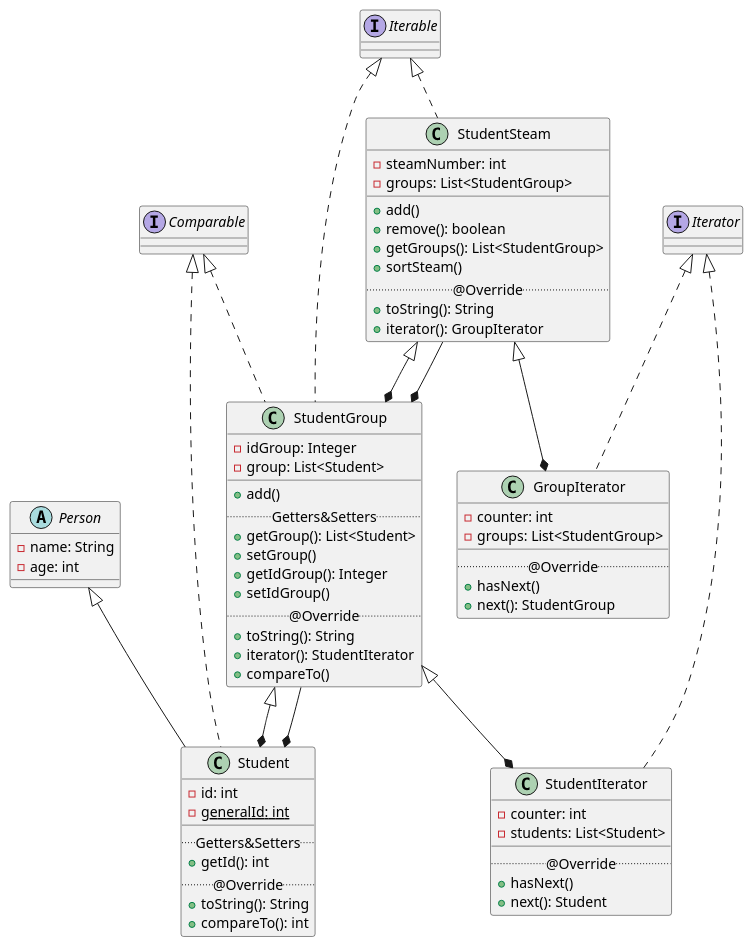
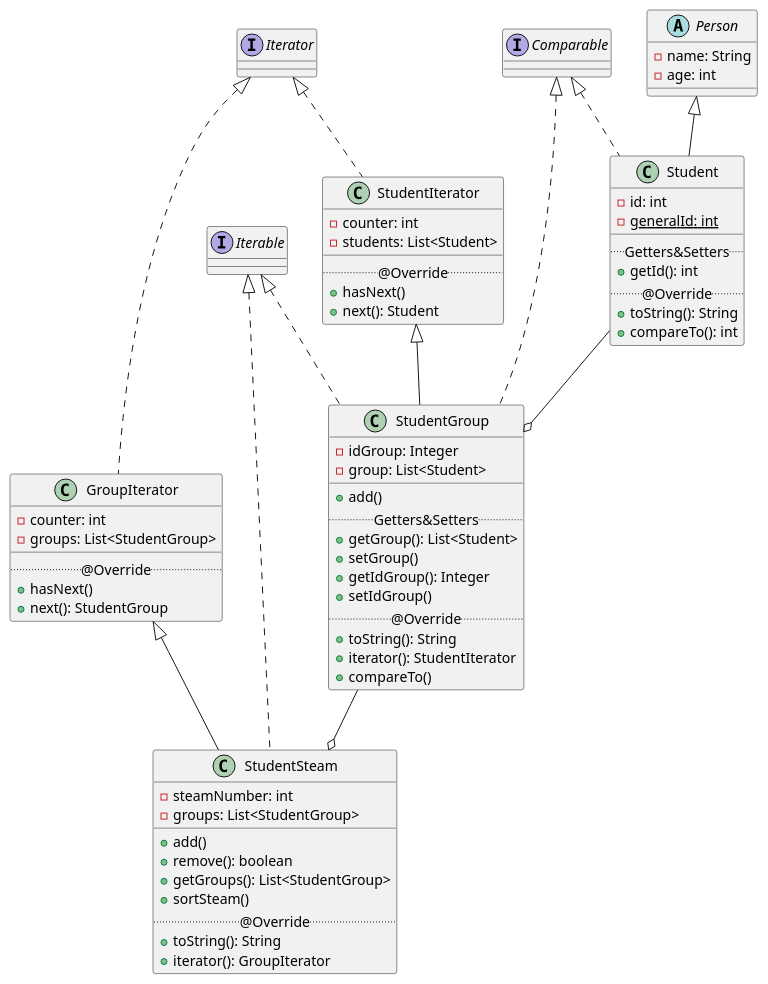
One commit to learningongb/oop changed the diagram in StudentApp/classesUML.puml. Above: the diagram before and after it, drawn with PlantUML.

Commit message:
Исправил UML диаграмму
Изменил направления связей
StudentIterator-StudentGroup, GroupIterator-StudentSteam
У Student-StudentGroup и StudentGroup-StudentSteam
ассоциацию изменил на агрегацию

```diff
--- a/StudentApp/classesUML.puml
+++ b/StudentApp/classesUML.puml
@@ -1,80 +1,80 @@
 @startuml
 
 abstract class Person {
     -name: String
     -age: int
 }
 
 class Student extends Person implements Comparable{
     -id: int
     -{static} generalId: int
     __
     ..Getters&Setters..
     +getId(): int
     ..@Override..
     +toString(): String
     +compareTo(): int
 }
 
 class StudentGroup implements Iterable, Comparable {
     -idGroup: Integer
     -group: List<Student>
     __
     +add()
     ..Getters&Setters..
     +getGroup(): List<Student>
     +setGroup()
     +getIdGroup(): Integer
     +setIdGroup()
     ..@Override..
     +toString(): String
     +iterator(): StudentIterator
     +compareTo()
 }
 
 class StudentSteam implements Iterable {
     -steamNumber: int
     -groups: List<StudentGroup>
     __
     +add()
     +remove(): boolean
     +getGroups(): List<StudentGroup>
     +sortSteam()
     ..@Override..
     +toString(): String
     +iterator(): GroupIterator
 }
 
 class StudentIterator implements Iterator {
     -counter: int
     -students: List<Student>
     __
     ..@Override..
     +hasNext()
     +next(): Student
 }
 
 class GroupIterator implements Iterator {
     -counter: int
     -groups: List<StudentGroup>
     __
     ..@Override..
     +hasNext()
     +next(): StudentGroup
 }
 
 interface Comparable
 
-StudentGroup <|--* Student
-StudentGroup <|--* StudentIterator
-StudentGroup --* Student
+Student --o StudentGroup
+StudentIterator <|-- StudentGroup
+'StudentGroup --* Student
 
-StudentSteam <|--* StudentGroup
-StudentSteam <|--* GroupIterator
-StudentSteam --* StudentGroup
+StudentGroup --o StudentSteam
+GroupIterator <|-- StudentSteam
+'StudentSteam --* StudentGroup
 
 'class Employee extends Person
 'class Teacher extends Person
 
 hide @unlinked
 @enduml
```
